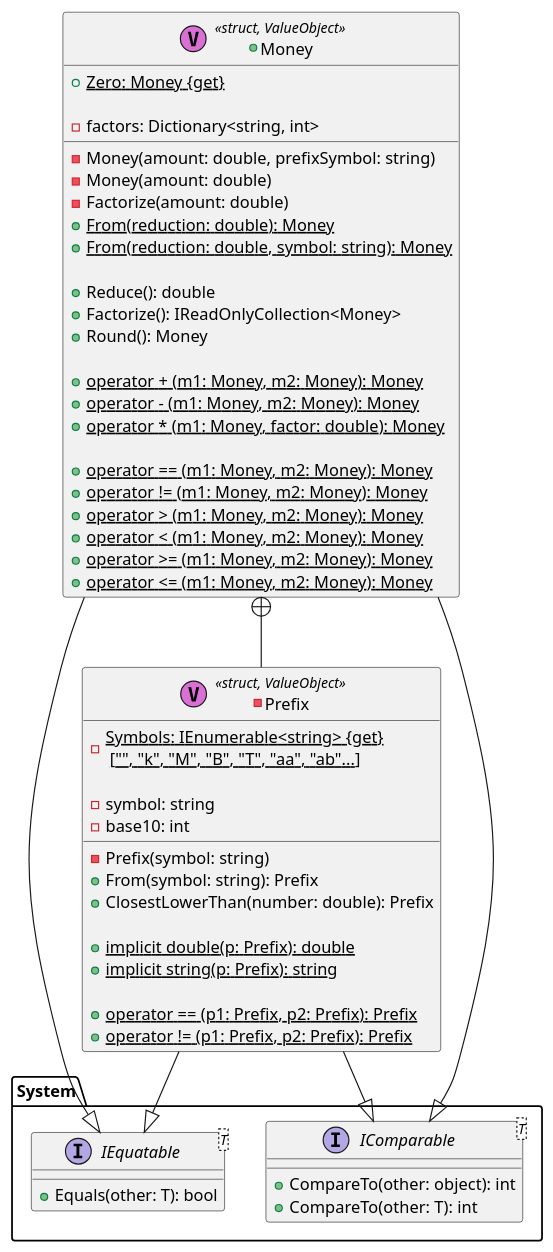
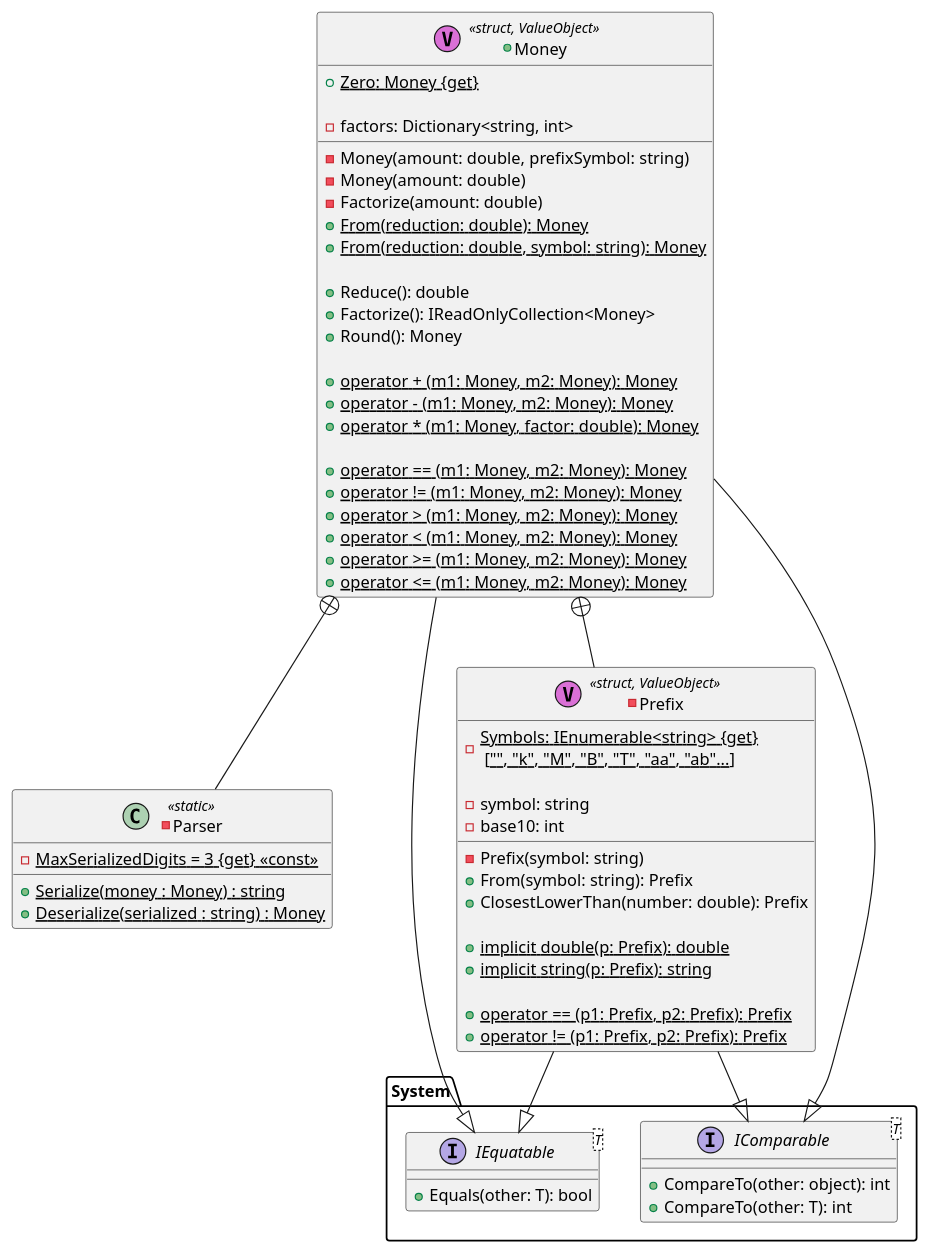
Before and after one commit to RicardoGuzmanVelasco/Kalendra.Idle: the diagram in Documentation/MoneyClasses.puml, drawn with PlantUML. The commit also changed 1 other file, not shown here.

Commit message:
Money.Parser refactor & documentation

```diff
--- a/Documentation/MoneyClasses.puml
+++ b/Documentation/MoneyClasses.puml
@@ -1,69 +1,77 @@
 @startuml
 
 package System
 {
     interface IEquatable<T>
     {
         +Equals(other: T): bool
     }
     interface IComparable
     {
         +CompareTo(other: object): int
     }
     interface IComparable<T>
     {
         +CompareTo(other: T): int
     }
+}
+
+-class Parser <<static>>
+{
+    -{static} MaxSerializedDigits = 3 {get} <<const>>
+    +{static} Serialize(money : Money) : string
+    +{static} Deserialize(serialized : string) : Money
 }
 
 -class Prefix <<(V,orchid) struct, ValueObject>>
 {
     -{static} Symbols: IEnumerable<string> {get} \n ["", "k", "M", "B", "T", "aa", "ab"...]
 
     -symbol: string
     -base10: int
     
     -Prefix(symbol: string)
     +From(symbol: string): Prefix
     +ClosestLowerThan(number: double): Prefix
     
     +{static} implicit double(p: Prefix): double
     +{static} implicit string(p: Prefix): string
     
     +{static}operator == (p1: Prefix, p2: Prefix): Prefix
     +{static}operator != (p1: Prefix, p2: Prefix): Prefix
 }
 Prefix --|> IEquatable
 Prefix --|> IComparable
 
 +class Money <<(V,orchid) struct, ValueObject>>
 {
     +{static} Zero: Money {get}
     
     -factors: Dictionary<string, int>
     
     -Money(amount: double, prefixSymbol: string)
     -Money(amount: double)
     -Factorize(amount: double)   
     +{static} From(reduction: double): Money
     +{static} From(reduction: double, symbol: string): Money
     
     +Reduce(): double
     +Factorize(): IReadOnlyCollection<Money>
     +Round(): Money
     
     +{static}operator + (m1: Money, m2: Money): Money
     +{static}operator - (m1: Money, m2: Money): Money
     +{static}operator * (m1: Money, factor: double): Money
 
     +{static}operator == (m1: Money, m2: Money): Money
     +{static}operator != (m1: Money, m2: Money): Money
     +{static}operator > (m1: Money, m2: Money): Money
     +{static}operator < (m1: Money, m2: Money): Money
     +{static}operator >= (m1: Money, m2: Money): Money
     +{static}operator <= (m1: Money, m2: Money): Money
 }
 Money --|> IEquatable
 Money --|> IComparable
 Money +-- Prefix
+Money +-- Parser
 @enduml
```
